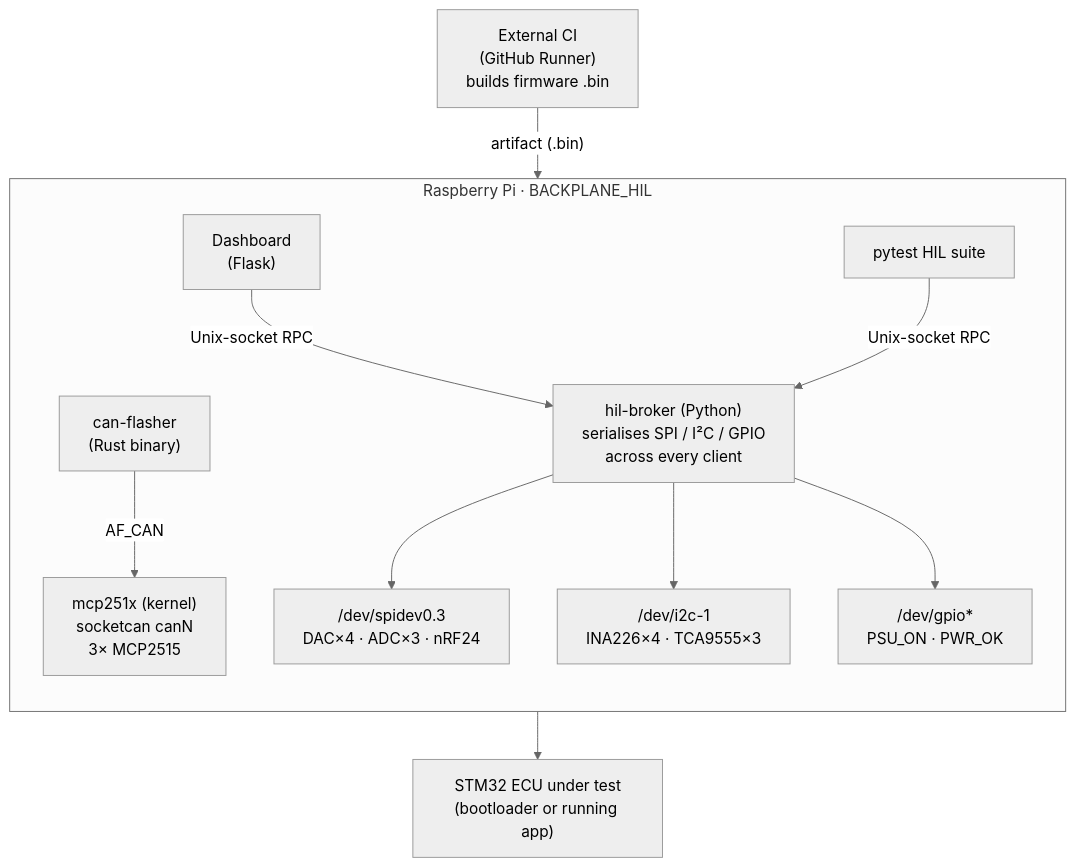
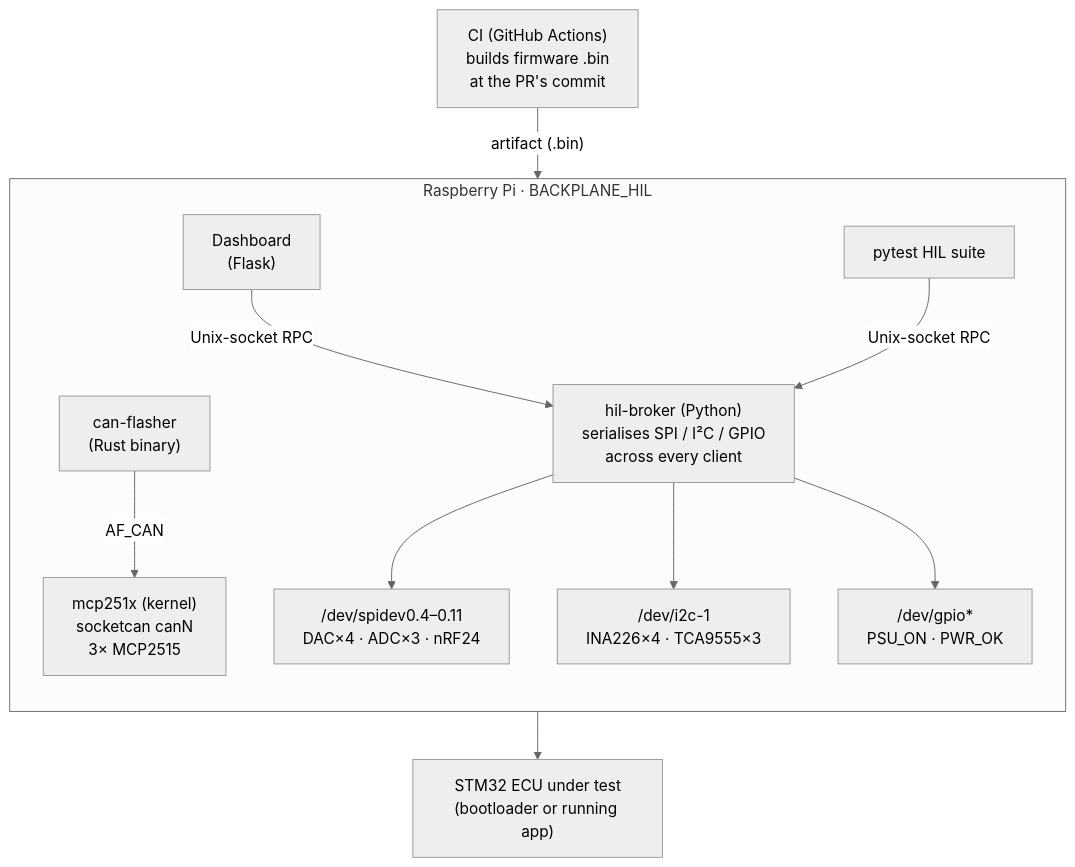
The diagram in README.md (isc-fs/IFS_HIL), drawn with Mermaid (neutral theme) before and after one commit. The commit also changed other lines of this file, not shown here.

````diff
--- a/README.md
+++ b/README.md
@@ -34,29 +39,29 @@
 ```mermaid
 flowchart TD
-    CI["External CI<br/>(GitHub Runner)<br/>builds firmware .bin"]
+    CI["CI (GitHub Actions)<br/>builds firmware .bin<br/>at the PR's commit"]
 
     subgraph Pi["Raspberry Pi · BACKPLANE_HIL"]
         direction TB
 
         DASH["Dashboard<br/>(Flask)"]
         PYTEST["pytest HIL suite"]
         FLASH["can-flasher<br/>(Rust binary)"]
 
         BROKER["hil-broker (Python)<br/>serialises SPI / I²C / GPIO<br/>across every client"]
 
-        SPI["/dev/spidev0.3<br/>DAC×4 · ADC×3 · nRF24"]
+        SPI["/dev/spidev0.4–0.11<br/>DAC×4 · ADC×3 · nRF24"]
         I2C["/dev/i2c-1<br/>INA226×4 · TCA9555×3"]
         GPIO["/dev/gpio*<br/>PSU_ON · PWR_OK"]
         MCP["mcp251x (kernel)<br/>socketcan canN<br/>3× MCP2515"]
 
         DASH -- "Unix-socket RPC" --> BROKER
         PYTEST -- "Unix-socket RPC" --> BROKER
         FLASH -- "AF_CAN" --> MCP
         BROKER --> SPI
         BROKER --> I2C
         BROKER --> GPIO
     end
 
     CI -- "artifact (.bin)" --> FLASH
     MCP --> ECU["STM32 ECU under test<br/>(bootloader or running app)"]
 ```
````
